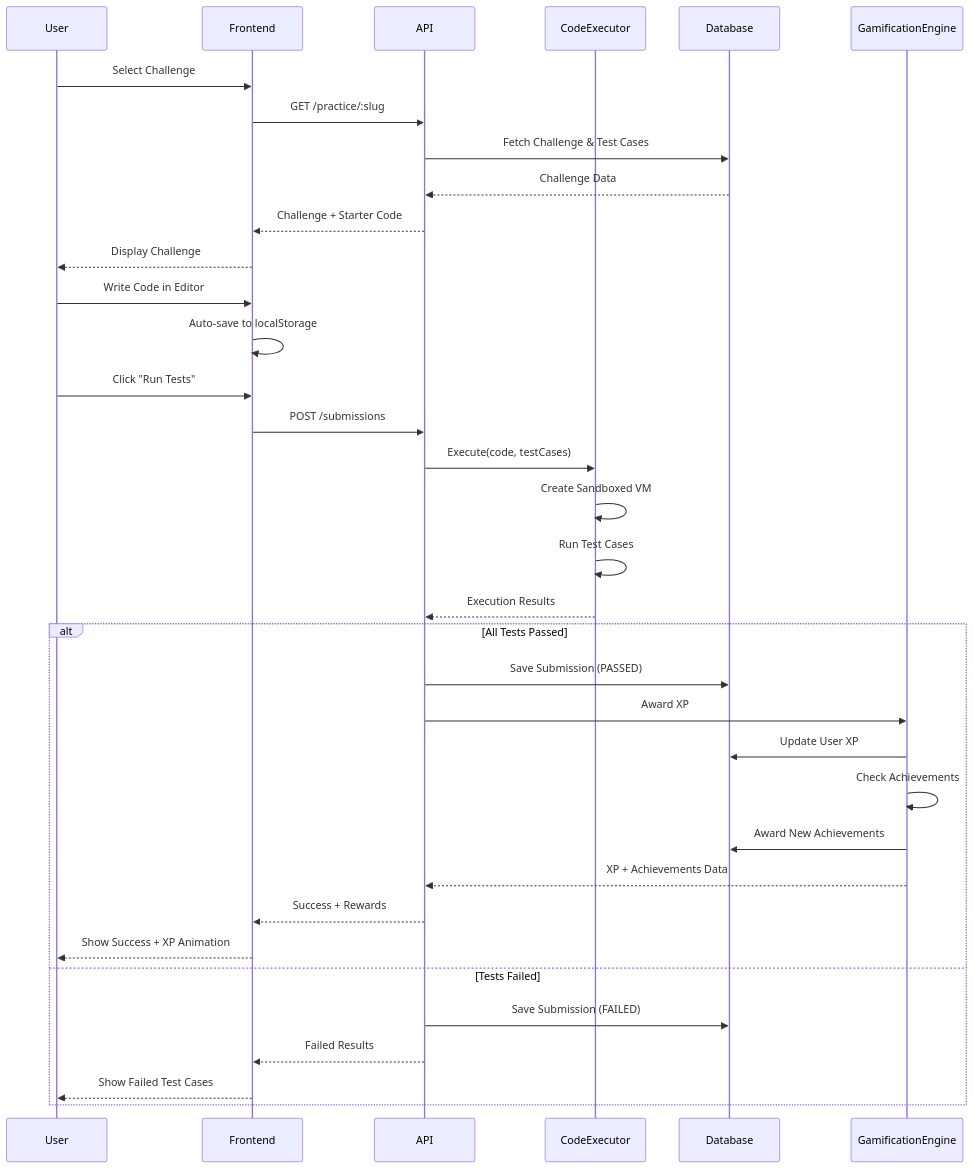
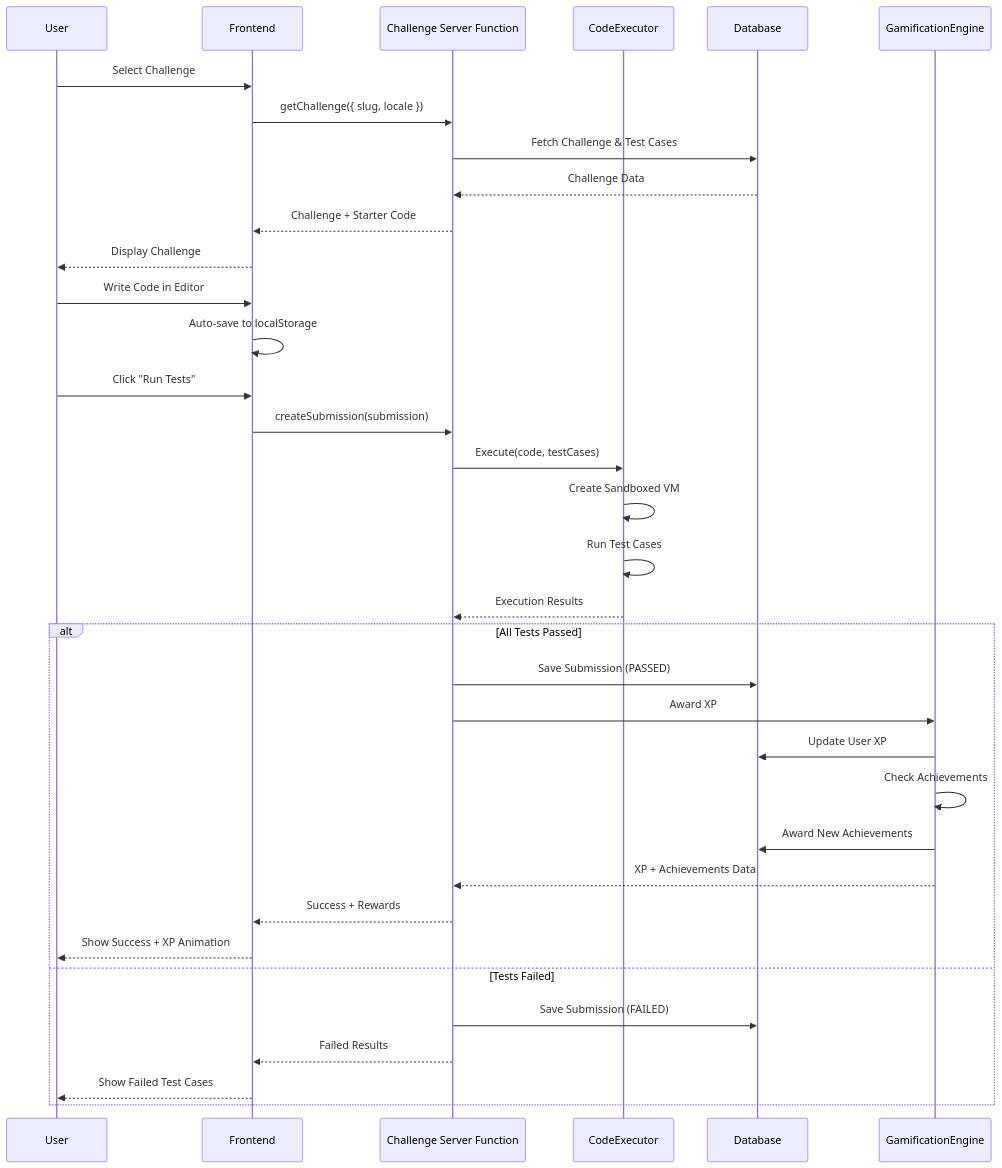
The second of 12 diagrams in docs/app_flows.md (mihaamiharu/twe), drawn with Mermaid before and after one commit. The commit also changed 5 other files, not shown here.

````diff
--- a/docs/app_flows.md
+++ b/docs/app_flows.md
@@ -46,42 +46,42 @@
 ```mermaid
 sequenceDiagram
     participant User
     participant Frontend
-    participant API
+    participant ChallengeServerFunction as Challenge Server Function
     participant CodeExecutor
     participant Database
     participant GamificationEngine
 
     User->>Frontend: Select Challenge
-    Frontend->>API: GET /practice/:slug
-    API->>Database: Fetch Challenge & Test Cases
-    Database-->>API: Challenge Data
-    API-->>Frontend: Challenge + Starter Code
+    Frontend->>ChallengeServerFunction: getChallenge({ slug, locale })
+    ChallengeServerFunction->>Database: Fetch Challenge & Test Cases
+    Database-->>ChallengeServerFunction: Challenge Data
+    ChallengeServerFunction-->>Frontend: Challenge + Starter Code
     Frontend-->>User: Display Challenge
 
     User->>Frontend: Write Code in Editor
     Frontend->>Frontend: Auto-save to localStorage
 
     User->>Frontend: Click "Run Tests"
-    Frontend->>API: POST /submissions
-    API->>CodeExecutor: Execute(code, testCases)
+    Frontend->>ChallengeServerFunction: createSubmission(submission)
+    ChallengeServerFunction->>CodeExecutor: Execute(code, testCases)
 
     CodeExecutor->>CodeExecutor: Create Sandboxed VM
     CodeExecutor->>CodeExecutor: Run Test Cases
-    CodeExecutor-->>API: Execution Results
+    CodeExecutor-->>ChallengeServerFunction: Execution Results
 
     alt All Tests Passed
-        API->>Database: Save Submission (PASSED)
-        API->>GamificationEngine: Award XP
+        ChallengeServerFunction->>Database: Save Submission (PASSED)
+        ChallengeServerFunction->>GamificationEngine: Award XP
         GamificationEngine->>Database: Update User XP
         GamificationEngine->>GamificationEngine: Check Achievements
         GamificationEngine->>Database: Award New Achievements
-        GamificationEngine-->>API: XP + Achievements Data
-        API-->>Frontend: Success + Rewards
+        GamificationEngine-->>ChallengeServerFunction: XP + Achievements Data
+        ChallengeServerFunction-->>Frontend: Success + Rewards
         Frontend-->>User: Show Success + XP Animation
     else Tests Failed
-        API->>Database: Save Submission (FAILED)
-        API-->>Frontend: Failed Results
+        ChallengeServerFunction->>Database: Save Submission (FAILED)
+        ChallengeServerFunction-->>Frontend: Failed Results
         Frontend-->>User: Show Failed Test Cases
     end
 ```
````
